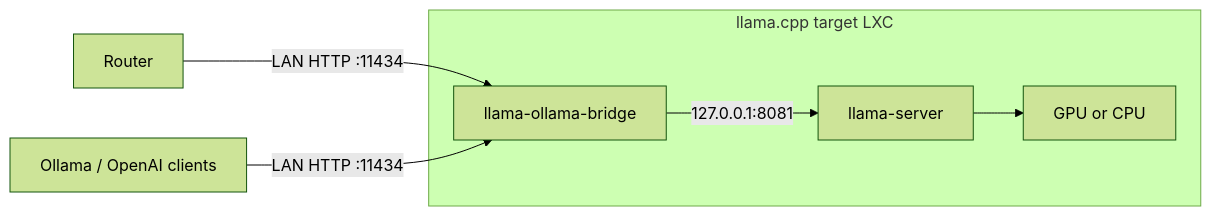
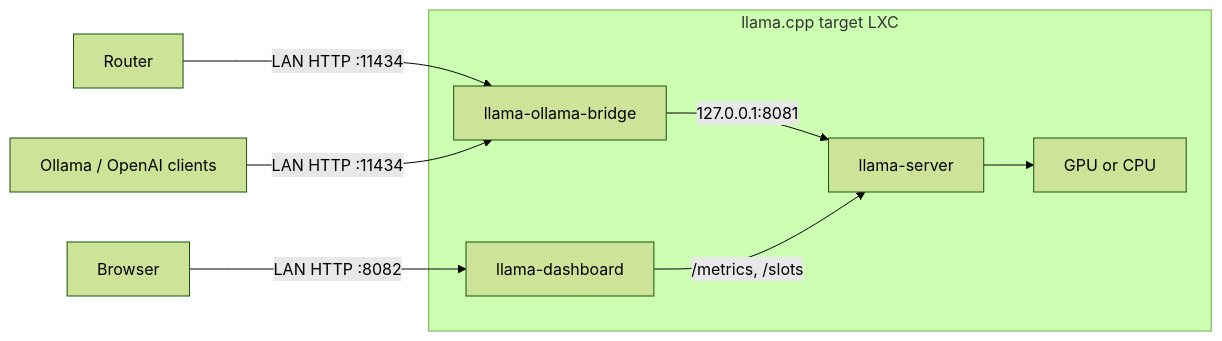
Before and after one commit to wwarren/osr: the diagram in targets/llamacpp/README.md, drawn with Mermaid (forest theme). The commit also changed other lines of this file and 58 other files, not shown here.

````diff
--- a/targets/llamacpp/README.md
+++ b/targets/llamacpp/README.md
@@ -8,9 +10,11 @@
 ```mermaid
 flowchart LR
     R[Router] -->|LAN HTTP :11434| B
     C[Ollama / OpenAI clients] -->|LAN HTTP :11434| B
+    W[Browser] -->|LAN HTTP :8082| D
     subgraph T[llama.cpp target LXC]
       B[llama-ollama-bridge] -->|127.0.0.1:8081| L[llama-server]
+      D[llama-dashboard] -->|/metrics, /slots| L
       L --> G[GPU or CPU]
     end
 ```
````
